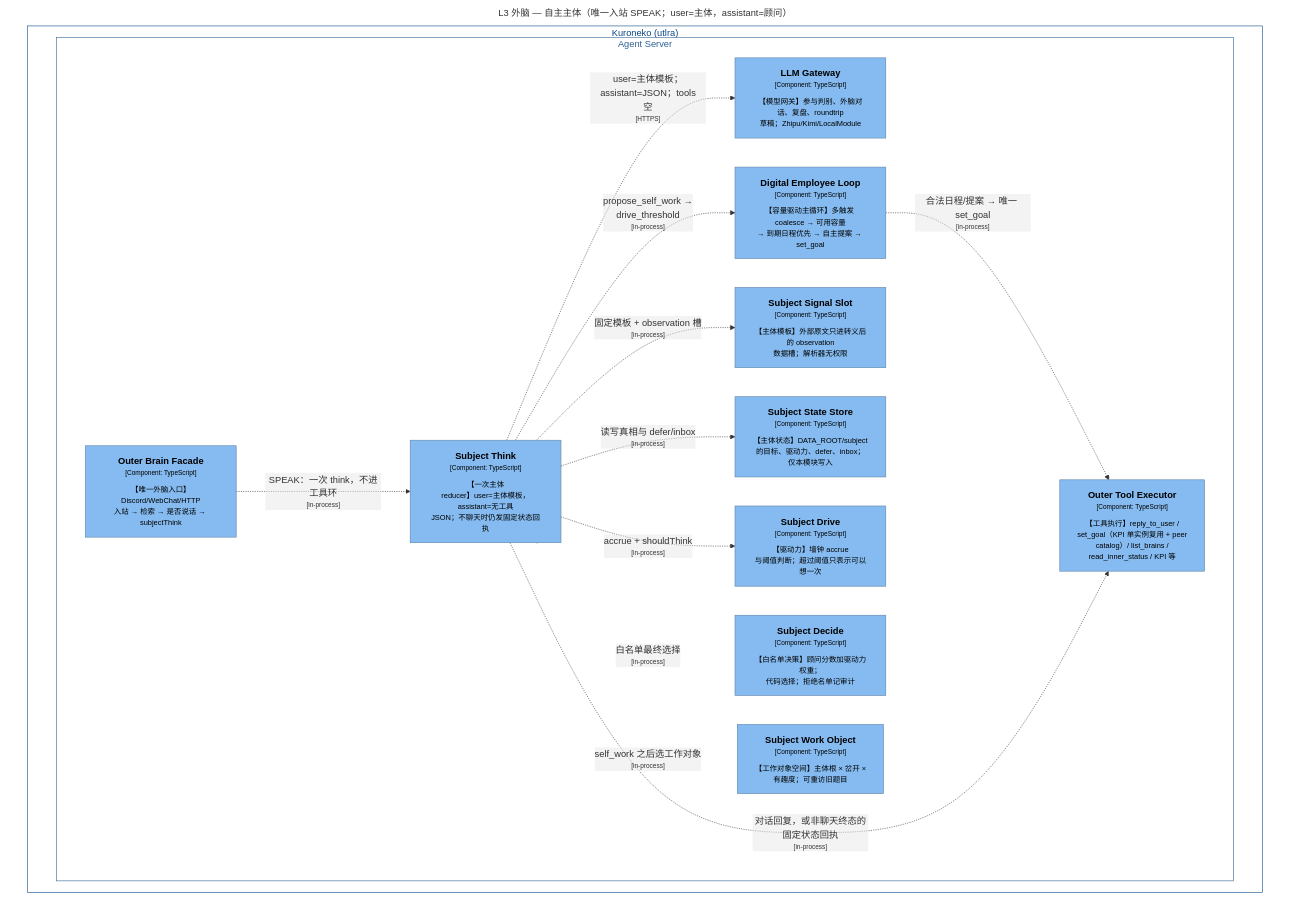
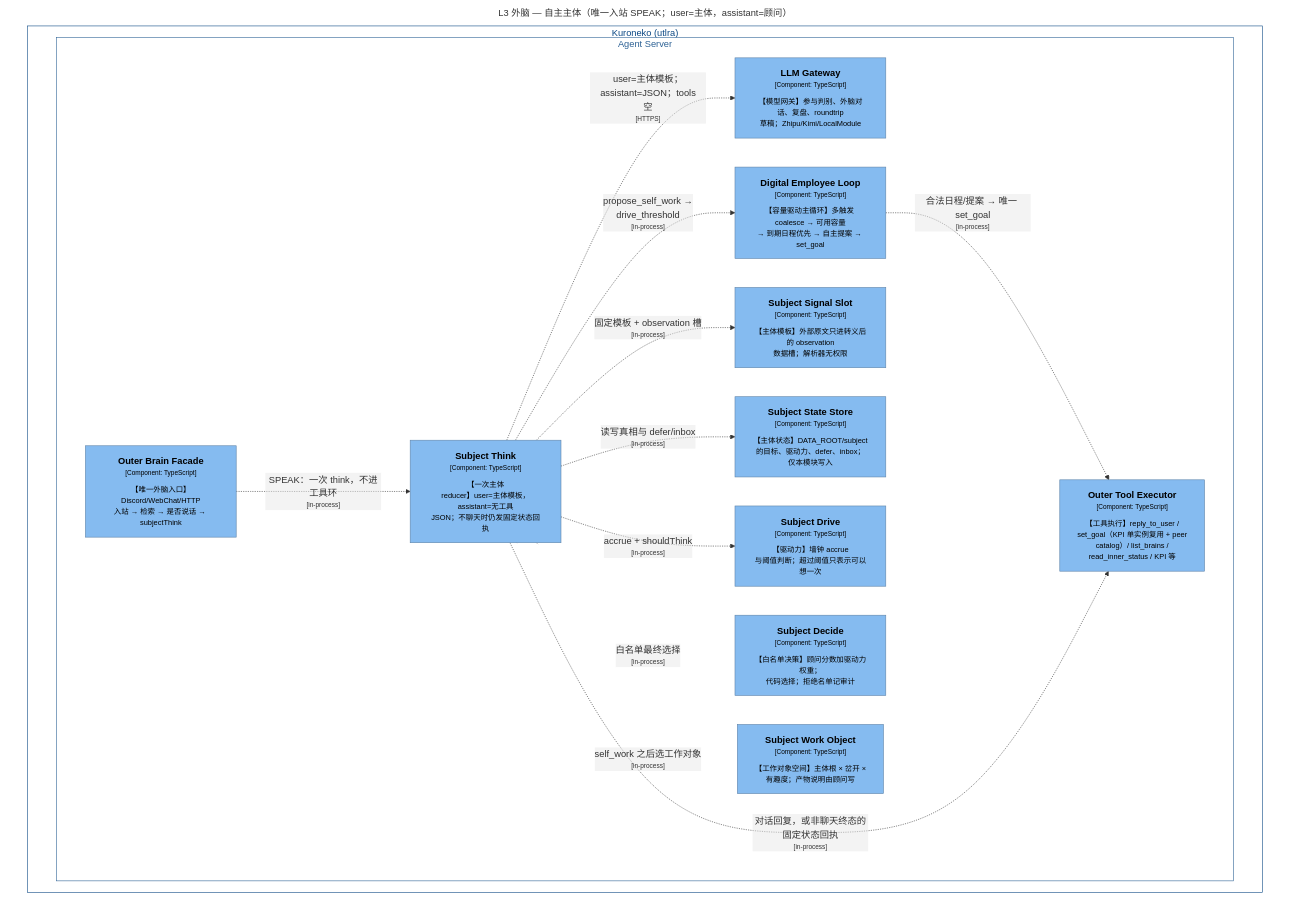
One commit to shinjiyu/amadues changed the diagram in doc/structurizr/structurizr-15-L3-Outer-Subject.mmd. Above: the diagram before and after it, drawn with Mermaid. The commit also changed 9 other files, not shown here.

```diff
--- a/doc/structurizr/structurizr-15-L3-Outer-Subject.mmd
+++ b/doc/structurizr/structurizr-15-L3-Outer-Subject.mmd
@@ -1,48 +1,48 @@
 graph TB
   linkStyle default fill:#ffffff
 
   subgraph diagram ["L3 外脑 — 自主主体（唯一入站 SPEAK；user=主体，assistant=顾问）"]
     style diagram fill:#ffffff,stroke:#ffffff
 
     subgraph 11 ["Kuroneko (utlra)"]
       style 11 fill:#ffffff,stroke:#0b4884,color:#0b4884
 
       subgraph 15 ["Agent Server"]
         style 15 fill:#ffffff,stroke:#2e6295,color:#2e6295
 
         18["<div style='font-weight: bold'>Outer Brain Facade</div><div style='font-size: 70%; margin-top: 0px'>[Component: TypeScript]</div><div style='font-size: 80%; margin-top:10px'>【唯一外脑入口】Discord/WebChat/HTTP<br />入站 → 检索 → 是否说话 → subjectThink</div>"]
         style 18 fill:#85bbf0,stroke:#5d82a8,color:#000000
         25["<div style='font-weight: bold'>Outer Tool Executor</div><div style='font-size: 70%; margin-top: 0px'>[Component: TypeScript]</div><div style='font-size: 80%; margin-top:10px'>【工具执行】reply_to_user /<br />set_goal（KPI 单实例复用 + peer<br />catalog）/ list_brains /<br />read_inner_status / KPI 等</div>"]
         style 25 fill:#85bbf0,stroke:#5d82a8,color:#000000
         26["<div style='font-weight: bold'>LLM Gateway</div><div style='font-size: 70%; margin-top: 0px'>[Component: TypeScript]</div><div style='font-size: 80%; margin-top:10px'>【模型网关】参与判别、外脑对话、复盘、roundtrip<br />草稿；Zhipu/Kimi/LocalModule</div>"]
         style 26 fill:#85bbf0,stroke:#5d82a8,color:#000000
         49["<div style='font-weight: bold'>Digital Employee Loop</div><div style='font-size: 70%; margin-top: 0px'>[Component: TypeScript]</div><div style='font-size: 80%; margin-top:10px'>【容量驱动主循环】多触发 coalesce → 可用容量<br />→ 到期日程优先 → 自主提案 → set_goal</div>"]
         style 49 fill:#85bbf0,stroke:#5d82a8,color:#000000
         75["<div style='font-weight: bold'>Subject Signal Slot</div><div style='font-size: 70%; margin-top: 0px'>[Component: TypeScript]</div><div style='font-size: 80%; margin-top:10px'>【主体模板】外部原文只进转义后的 observation<br />数据槽；解析器无权限</div>"]
         style 75 fill:#85bbf0,stroke:#5d82a8,color:#000000
         76["<div style='font-weight: bold'>Subject State Store</div><div style='font-size: 70%; margin-top: 0px'>[Component: TypeScript]</div><div style='font-size: 80%; margin-top:10px'>【主体状态】DATA_ROOT/subject<br />的目标、驱动力、defer、inbox；仅本模块写入</div>"]
         style 76 fill:#85bbf0,stroke:#5d82a8,color:#000000
         77["<div style='font-weight: bold'>Subject Drive</div><div style='font-size: 70%; margin-top: 0px'>[Component: TypeScript]</div><div style='font-size: 80%; margin-top:10px'>【驱动力】墙钟 accrue<br />与阈值判断；超过阈值只表示可以想一次</div>"]
         style 77 fill:#85bbf0,stroke:#5d82a8,color:#000000
         78["<div style='font-weight: bold'>Subject Decide</div><div style='font-size: 70%; margin-top: 0px'>[Component: TypeScript]</div><div style='font-size: 80%; margin-top:10px'>【白名单决策】顾问分数加驱动力权重；<br />代码选择；拒绝名单记审计</div>"]
         style 78 fill:#85bbf0,stroke:#5d82a8,color:#000000
-        80["<div style='font-weight: bold'>Subject Work Object</div><div style='font-size: 70%; margin-top: 0px'>[Component: TypeScript]</div><div style='font-size: 80%; margin-top:10px'>【工作对象空间】主体根 × 岔开 ×<br />有趣度；可重访旧题目</div>"]
+        80["<div style='font-weight: bold'>Subject Work Object</div><div style='font-size: 70%; margin-top: 0px'>[Component: TypeScript]</div><div style='font-size: 80%; margin-top:10px'>【工作对象空间】主体根 × 岔开 ×<br />有趣度；产物说明由顾问写</div>"]
         style 80 fill:#85bbf0,stroke:#5d82a8,color:#000000
         79["<div style='font-weight: bold'>Subject Think</div><div style='font-size: 70%; margin-top: 0px'>[Component: TypeScript]</div><div style='font-size: 80%; margin-top:10px'>【一次主体<br />reducer】user=主体模板，assistant=无工具<br />JSON；不聊天时仍发固定状态回执</div>"]
         style 79 fill:#85bbf0,stroke:#5d82a8,color:#000000
       end
 
     end
 
     49-. "<div>合法日程/提案 → 唯一 set_goal</div><div style='font-size: 70%'>[in-process]</div>" .->25
     18-. "<div>SPEAK：一次 think，不进工具环</div><div style='font-size: 70%'>[in-process]</div>" .->79
     79-. "<div>固定模板 + observation 槽</div><div style='font-size: 70%'>[in-process]</div>" .->75
     79-. "<div>读写真相与 defer/inbox</div><div style='font-size: 70%'>[in-process]</div>" .->76
     79-. "<div>accrue + shouldThink</div><div style='font-size: 70%'>[in-process]</div>" .->77
     79-. "<div>白名单最终选择</div><div style='font-size: 70%'>[in-process]</div>" .->78
     79-. "<div>self_work 之后选工作对象</div><div style='font-size: 70%'>[in-process]</div>" .->80
     79-. "<div>user=主体模板；assistant=JSON；tools<br />空</div><div style='font-size: 70%'>[HTTPS]</div>" .->26
     79-. "<div>对话回复，或非聊天终态的固定状态回执</div><div style='font-size: 70%'>[in-process]</div>" .->25
     79-. "<div>propose_self_work →<br />drive_threshold</div><div style='font-size: 70%'>[in-process]</div>" .->49
 
   end
```
